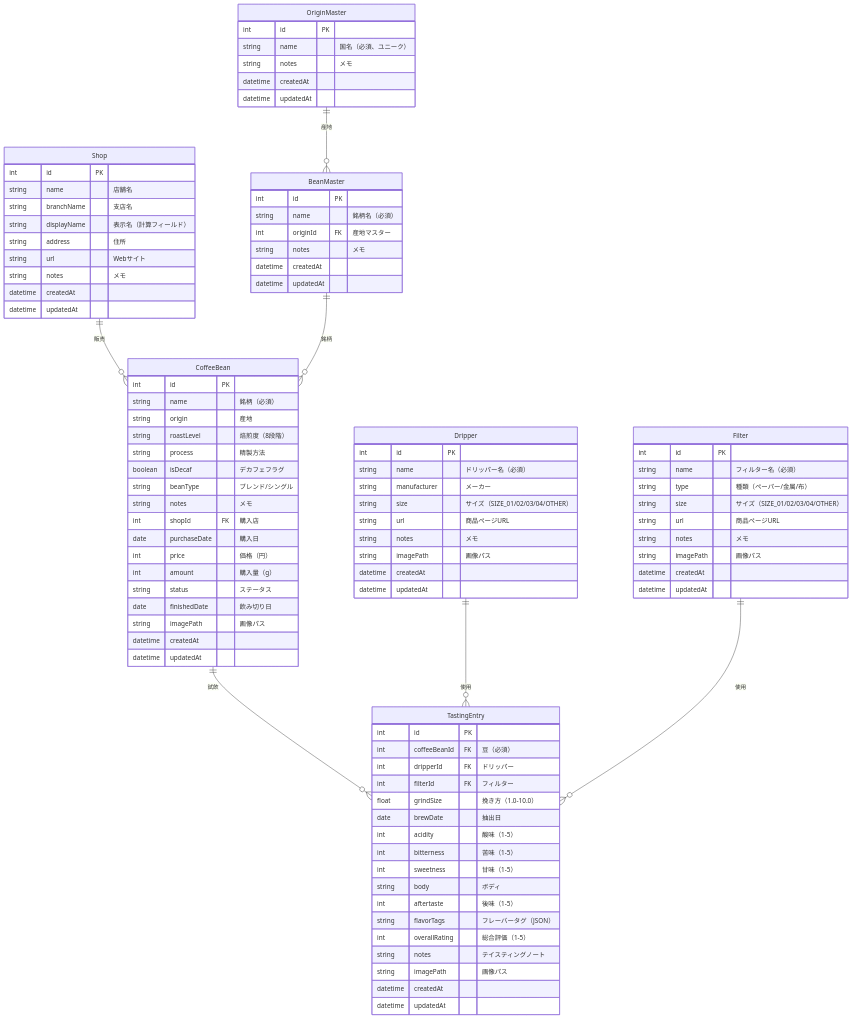
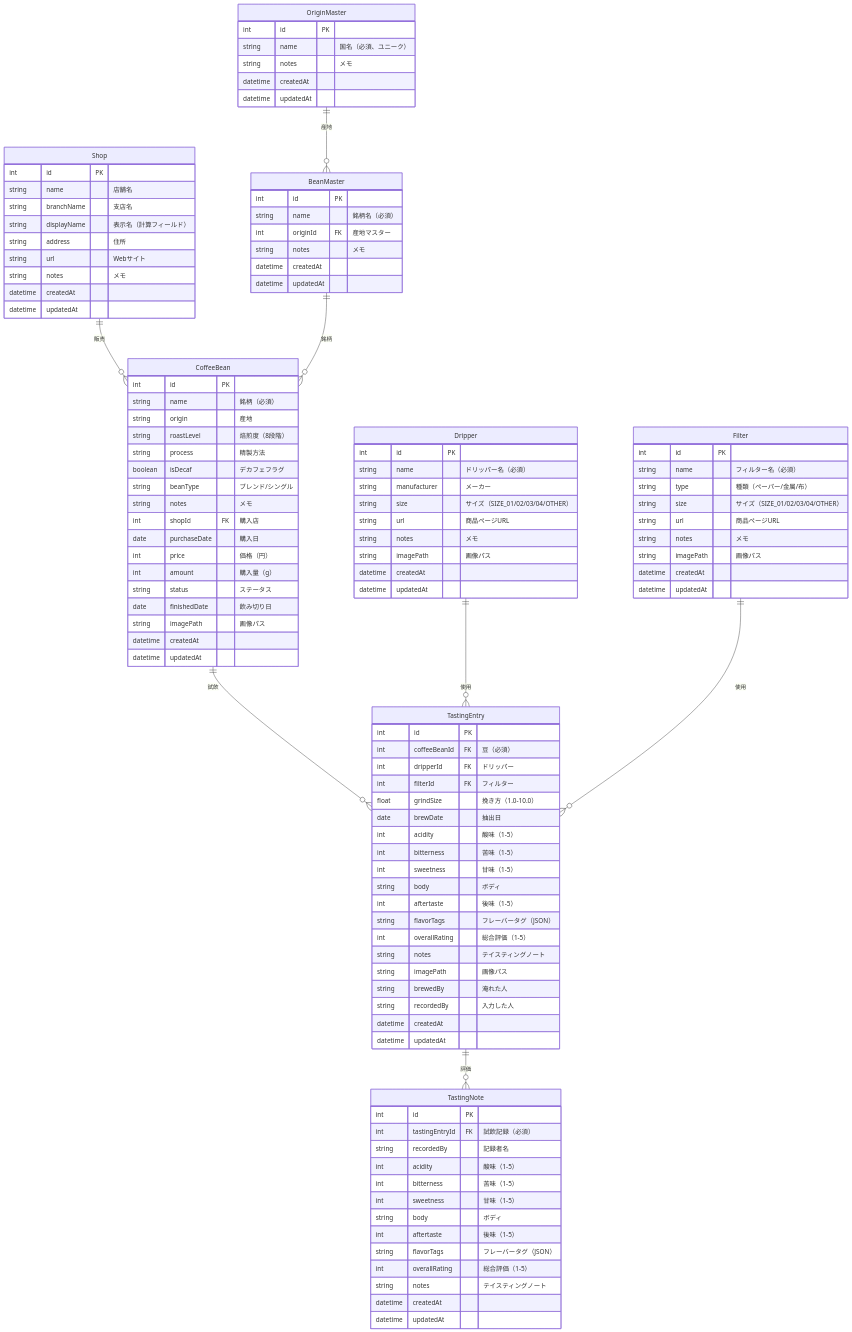
One commit to jyama4ta/coffee-tasting-journal changed the diagram in docs/data-model.md. Above: the diagram before and after it, drawn with Mermaid. The commit also changed other lines of this file and 10 other files, not shown here.

```diff
--- a/docs/data-model.md
+++ b/docs/data-model.md
@@ -15,6 +15,7 @@
     CoffeeBean ||--o{ TastingEntry : "試飲"
     Dripper ||--o{ TastingEntry : "使用"
     Filter ||--o{ TastingEntry : "使用"
+    TastingEntry ||--o{ TastingNote : "評価"
 
     OriginMaster {
         int id PK
@@ -105,6 +106,24 @@
         int overallRating "総合評価（1-5）"
         string notes "テイスティングノート"
         string imagePath "画像パス"
+        string brewedBy "淹れた人"
+        string recordedBy "入力した人"
+        datetime createdAt
+        datetime updatedAt
+    }
+
+    TastingNote {
+        int id PK
+        int tastingEntryId FK "試飲記録（必須）"
+        string recordedBy "記録者名"
+        int acidity "酸味（1-5）"
+        int bitterness "苦味（1-5）"
+        int sweetness "甘味（1-5）"
+        string body "ボディ"
+        int aftertaste "後味（1-5）"
+        string flavorTags "フレーバータグ（JSON）"
+        int overallRating "総合評価（1-5）"
+        string notes "テイスティングノート"
         datetime createdAt
         datetime updatedAt
     }
```
